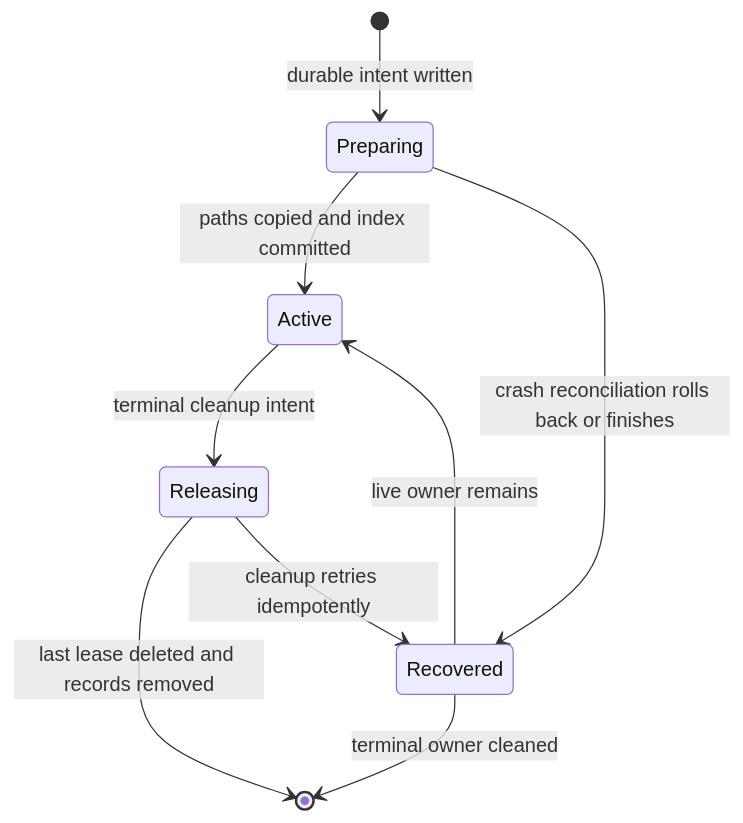
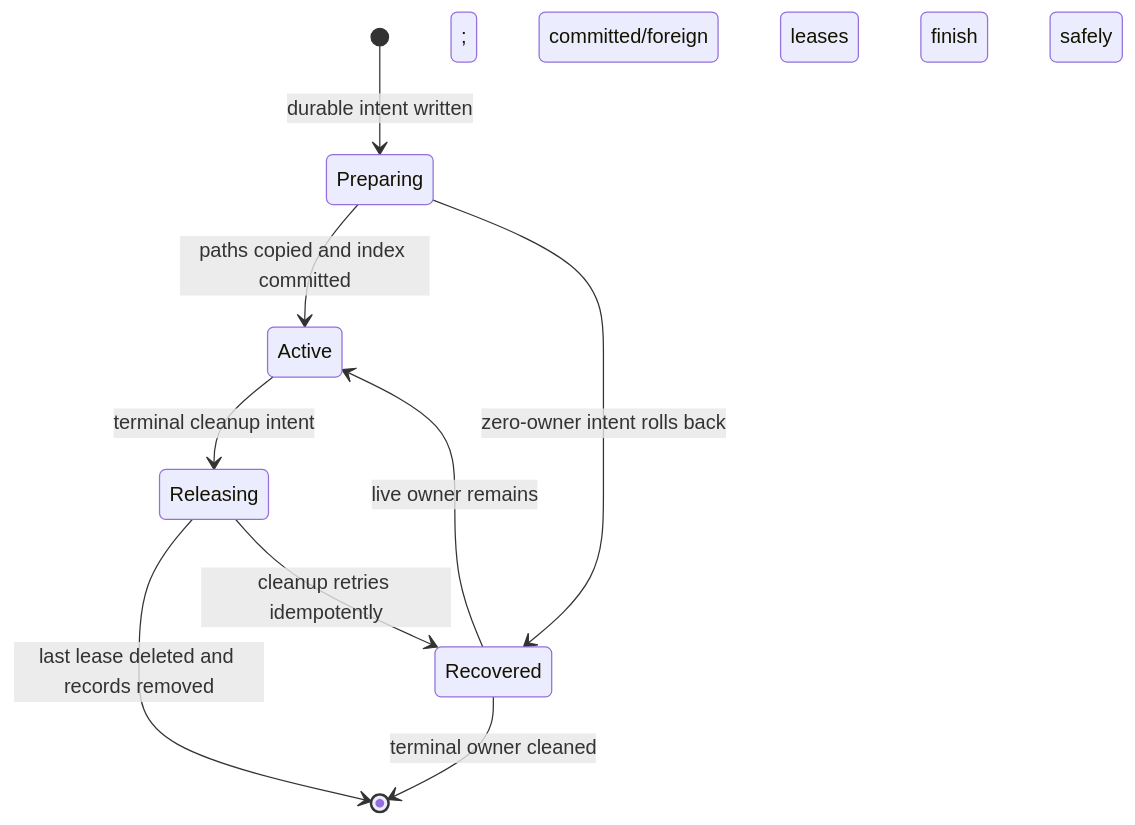
The second of 2 diagrams in .ai-factory/specs/feature-agent-runner-parity-package-skills-hardening.md (maister-dev/maister), drawn with Mermaid before and after one commit. The commit also changed other lines of this file and 16 other files, not shown here.

````diff
--- a/.ai-factory/specs/feature-agent-runner-parity-package-skills-hardening.md
+++ b/.ai-factory/specs/feature-agent-runner-parity-package-skills-hardening.md
@@ -85,11 +91,11 @@
 ```mermaid
 stateDiagram-v2
     [*] --> Preparing: durable intent written
     Preparing --> Active: paths copied and index committed
-    Preparing --> Recovered: crash reconciliation rolls back or finishes
+    Preparing --> Recovered: zero-owner intent rolls back; committed/foreign leases finish safely
     Active --> Releasing: terminal cleanup intent
     Releasing --> [*]: last lease deleted and records removed
     Releasing --> Recovered: cleanup retries idempotently
     Recovered --> Active: live owner remains
     Recovered --> [*]: terminal owner cleaned
 ```
````
